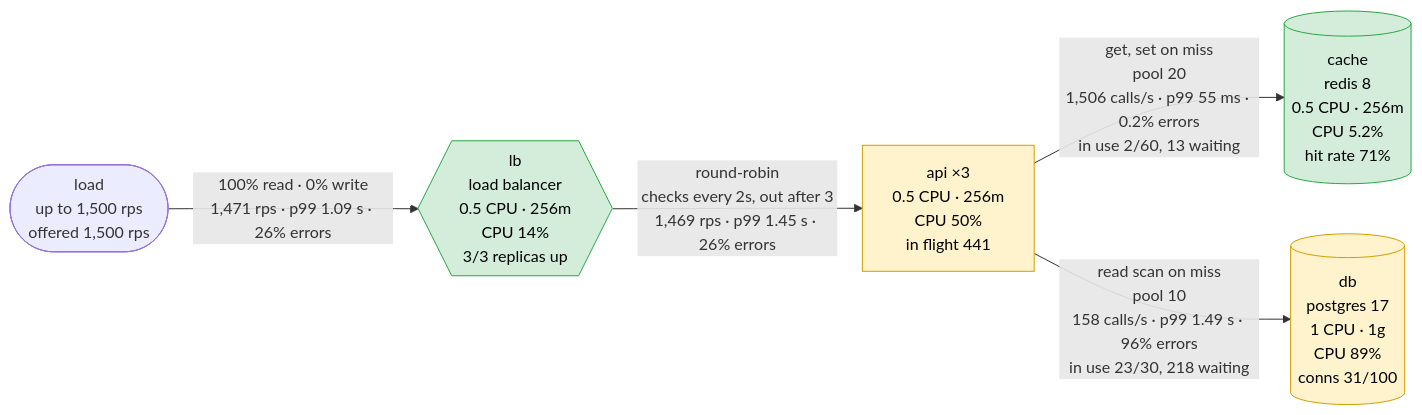
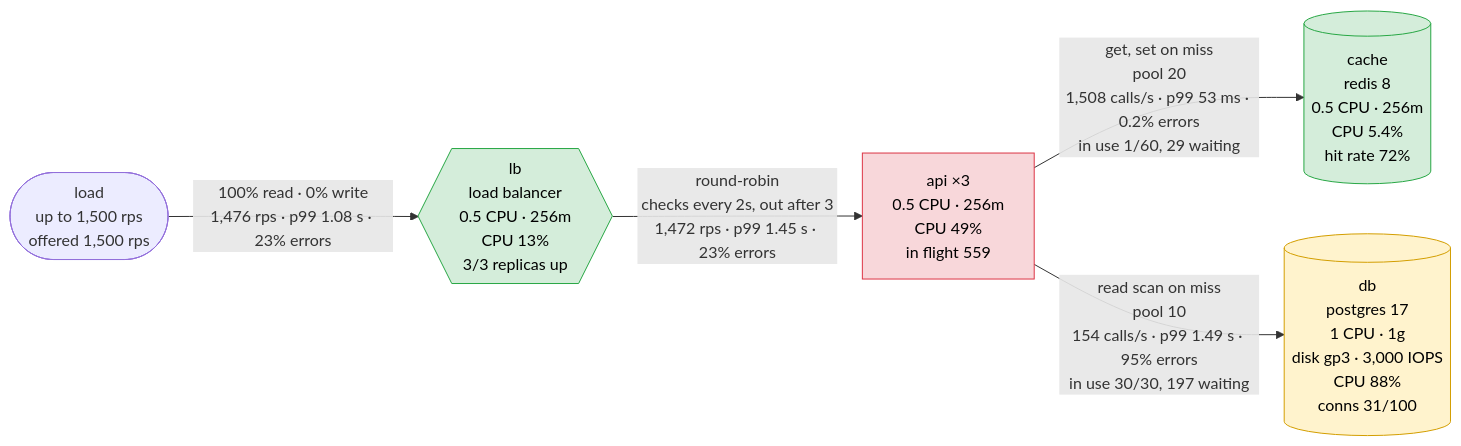
The first of 5 diagrams in scenarios/cache-restart/solutions/coalesce/report.md (akinfemi/load-lore), drawn with Mermaid before and after one commit. The commit also changed other lines of this file and 125 other files, not shown here.

````diff
--- a/scenarios/cache-restart/solutions/coalesce/report.md
+++ b/scenarios/cache-restart/solutions/coalesce/report.md
@@ -17,17 +17,18 @@
 ```mermaid
 flowchart LR
     load(["load<br/>up to 1,500 rps<br/>offered 1,500 rps"])
-    lb{{"lb<br/>load balancer<br/>0.5 CPU · 256m<br/>CPU 14%<br/>3/3 replicas up"}}
-    api["api ×3<br/>0.5 CPU · 256m<br/>CPU 50%<br/>in flight 441"]
-    cache[("cache<br/>redis 8<br/>0.5 CPU · 256m<br/>CPU 5.2%<br/>hit rate 71%")]
-    db[("db<br/>postgres 17<br/>1 CPU · 1g<br/>CPU 89%<br/>conns 31/100")]
-    load -->|"100% read · 0% write<br/>1,471 rps · p99 1.09 s · 26% errors"| lb
-    lb -->|"round-robin<br/>checks every 2s, out after 3<br/>1,469 rps · p99 1.45 s · 26% errors"| api
-    api -->|"get, set on miss<br/>pool 20<br/>1,506 calls/s · p99 55 ms · 0.2% errors<br/>in use 2/60, 13 waiting"| cache
-    api -->|"read scan on miss<br/>pool 10<br/>158 calls/s · p99 1.49 s · 96% errors<br/>in use 23/30, 218 waiting"| db
+    lb{{"lb<br/>load balancer<br/>0.5 CPU · 256m<br/>CPU 13%<br/>3/3 replicas up"}}
+    api["api ×3<br/>0.5 CPU · 256m<br/>CPU 49%<br/>in flight 559"]
+    cache[("cache<br/>redis 8<br/>0.5 CPU · 256m<br/>CPU 5.4%<br/>hit rate 72%")]
+    db[("db<br/>postgres 17<br/>1 CPU · 1g<br/>disk gp3 · 3,000 IOPS<br/>CPU 88%<br/>conns 31/100")]
+    load -->|"100% read · 0% write<br/>1,476 rps · p99 1.08 s · 23% errors"| lb
+    lb -->|"round-robin<br/>checks every 2s, out after 3<br/>1,472 rps · p99 1.45 s · 23% errors"| api
+    api -->|"get, set on miss<br/>pool 20<br/>1,508 calls/s · p99 53 ms · 0.2% errors<br/>in use 1/60, 29 waiting"| cache
+    api -->|"read scan on miss<br/>pool 10<br/>154 calls/s · p99 1.49 s · 95% errors<br/>in use 30/30, 197 waiting"| db
     classDef ok fill:#d4edda,stroke:#28a745,color:#000
     classDef warm fill:#fff3cd,stroke:#d39e00,color:#000
     classDef hot fill:#f8d7da,stroke:#dc3545,color:#000
     class lb,cache ok
-    class api,db warm
+    class api hot
+    class db warm
 ```
````
